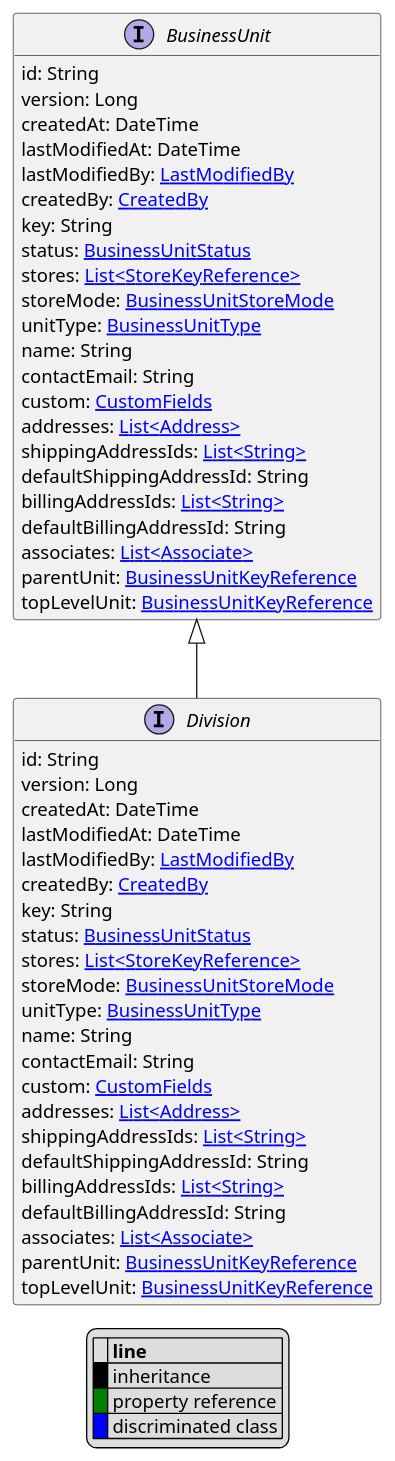
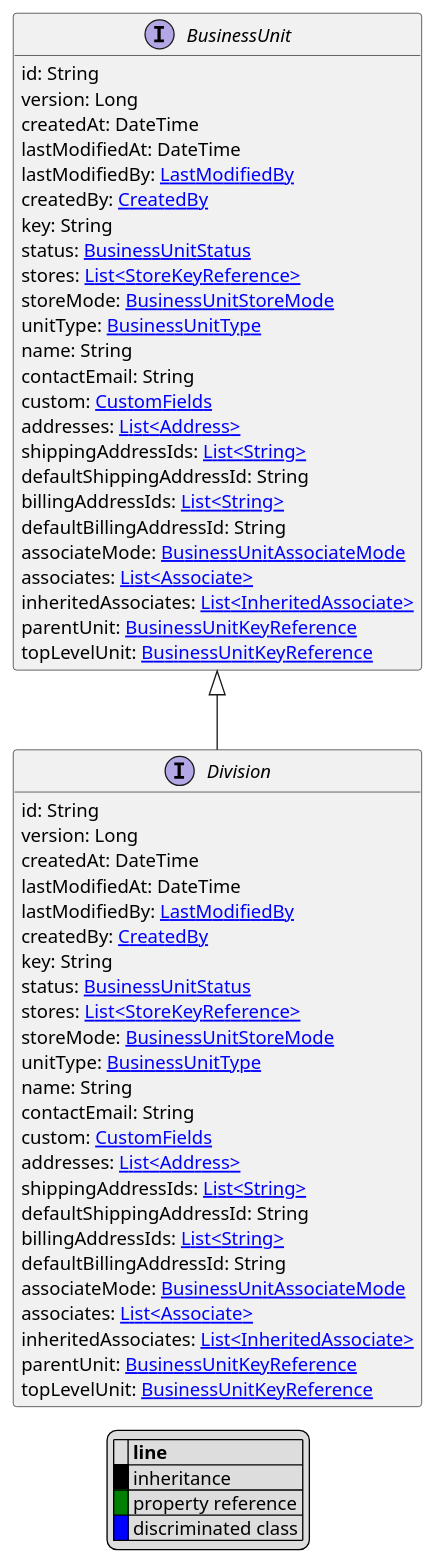
The diagram in uml/api/Division.puml (commercetools/commercetools-api-reference), drawn with PlantUML before and after one commit. The commit also changed 160 other files, not shown here.

```diff
--- a/uml/api/Division.puml
+++ b/uml/api/Division.puml
@@ -1,64 +1,68 @@
 @startuml
 
 hide empty fields
 hide empty methods
 legend
 |= |= line |
 |<back:black>   </back>| inheritance |
 |<back:green>   </back>| property reference |
 |<back:blue>   </back>| discriminated class |
 endlegend
 interface Division [[Division.svg]] extends BusinessUnit {
     id: String
     version: Long
     createdAt: DateTime
     lastModifiedAt: DateTime
     lastModifiedBy: [[LastModifiedBy.svg LastModifiedBy]]
     createdBy: [[CreatedBy.svg CreatedBy]]
     key: String
     status: [[BusinessUnitStatus.svg BusinessUnitStatus]]
     stores: [[StoreKeyReference.svg List<StoreKeyReference>]]
     storeMode: [[BusinessUnitStoreMode.svg BusinessUnitStoreMode]]
     unitType: [[BusinessUnitType.svg BusinessUnitType]]
     name: String
     contactEmail: String
     custom: [[CustomFields.svg CustomFields]]
     addresses: [[Address.svg List<Address>]]
     shippingAddressIds: [[String.svg List<String>]]
     defaultShippingAddressId: String
     billingAddressIds: [[String.svg List<String>]]
     defaultBillingAddressId: String
+    associateMode: [[BusinessUnitAssociateMode.svg BusinessUnitAssociateMode]]
     associates: [[Associate.svg List<Associate>]]
+    inheritedAssociates: [[InheritedAssociate.svg List<InheritedAssociate>]]
     parentUnit: [[BusinessUnitKeyReference.svg BusinessUnitKeyReference]]
     topLevelUnit: [[BusinessUnitKeyReference.svg BusinessUnitKeyReference]]
 }
 interface BusinessUnit [[BusinessUnit.svg]]  {
     id: String
     version: Long
     createdAt: DateTime
     lastModifiedAt: DateTime
     lastModifiedBy: [[LastModifiedBy.svg LastModifiedBy]]
     createdBy: [[CreatedBy.svg CreatedBy]]
     key: String
     status: [[BusinessUnitStatus.svg BusinessUnitStatus]]
     stores: [[StoreKeyReference.svg List<StoreKeyReference>]]
     storeMode: [[BusinessUnitStoreMode.svg BusinessUnitStoreMode]]
     unitType: [[BusinessUnitType.svg BusinessUnitType]]
     name: String
     contactEmail: String
     custom: [[CustomFields.svg CustomFields]]
     addresses: [[Address.svg List<Address>]]
     shippingAddressIds: [[String.svg List<String>]]
     defaultShippingAddressId: String
     billingAddressIds: [[String.svg List<String>]]
     defaultBillingAddressId: String
+    associateMode: [[BusinessUnitAssociateMode.svg BusinessUnitAssociateMode]]
     associates: [[Associate.svg List<Associate>]]
+    inheritedAssociates: [[InheritedAssociate.svg List<InheritedAssociate>]]
     parentUnit: [[BusinessUnitKeyReference.svg BusinessUnitKeyReference]]
     topLevelUnit: [[BusinessUnitKeyReference.svg BusinessUnitKeyReference]]
 }
 
 
 
 
 
 @enduml
```
